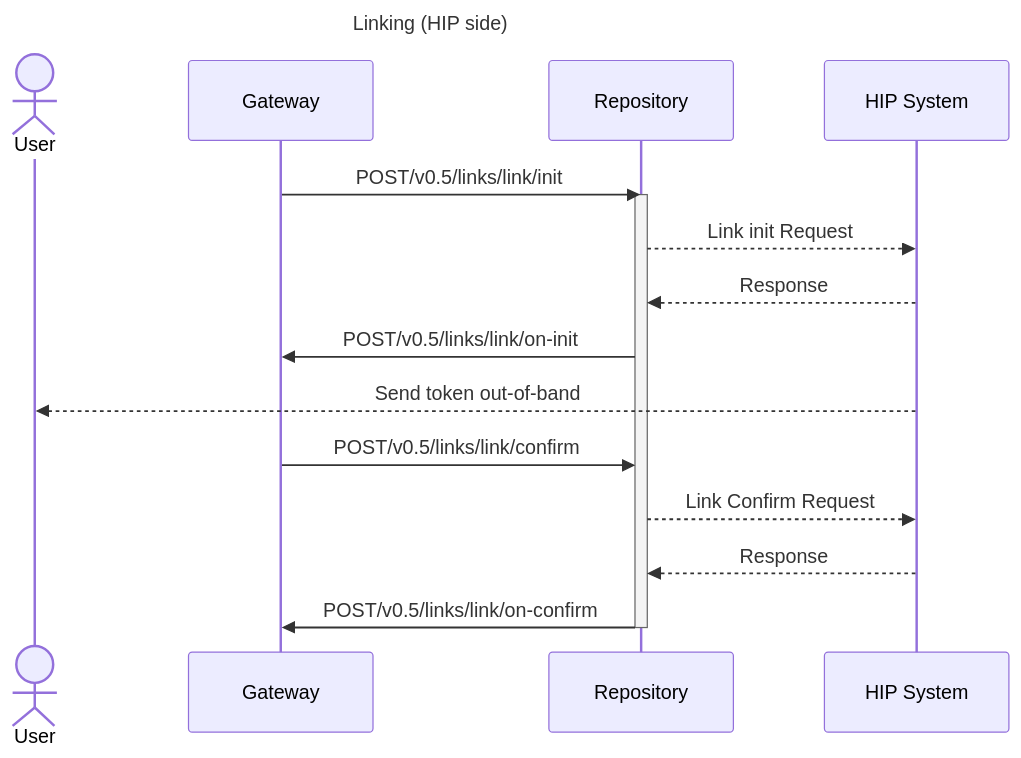
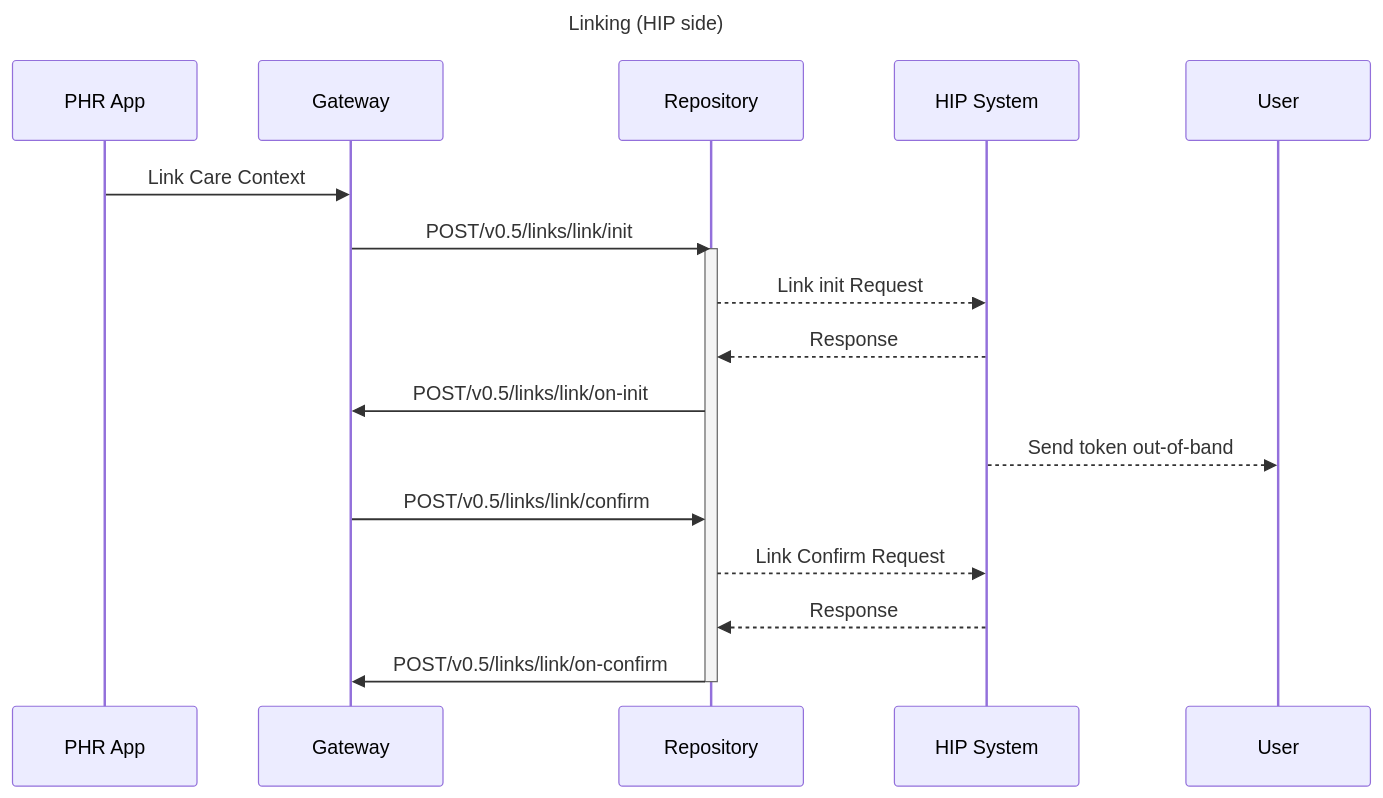
Before and after one commit to kiranma72/abdm-docs: the third of 3 diagrams in content/3-milestone2/link-care-context/discovery-link.md, drawn with Mermaid. The commit also changed other lines of this file and 1 other file, not shown here.

Commit message:
discovery matching flowchart & section 3.3.3

```diff
--- a/content/3-milestone2/link-care-context/discovery-link.md
+++ b/content/3-milestone2/link-care-context/discovery-link.md
@@ -78,17 +94,17 @@
 {{< mermaid >}}
 %%{init:{"fontSize": "1.0rem", sequence":{"showSequenceNumbers":true}}}%%
 sequenceDiagram
 title Linking (HIP side)
-actor User
+PHR App->>Gateway:Link Care Context
 Gateway->>Repository:POST/v0.5/links/link/init
 activate Repository
 Repository-->>HIP System:Link init Request
 HIP System-->>Repository: Response
 Repository->>Gateway:POST/v0.5/links/link/on-init
 HIP System-->>User: Send token out-of-band
 Gateway->>Repository: POST/v0.5/links/link/confirm
 Repository-->>HIP System:Link Confirm Request
 HIP System-->>Repository: Response
 Repository->>Gateway:POST/v0.5/links/link/on-confirm
 deactivate Repository
 {{< /mermaid >}}
```
